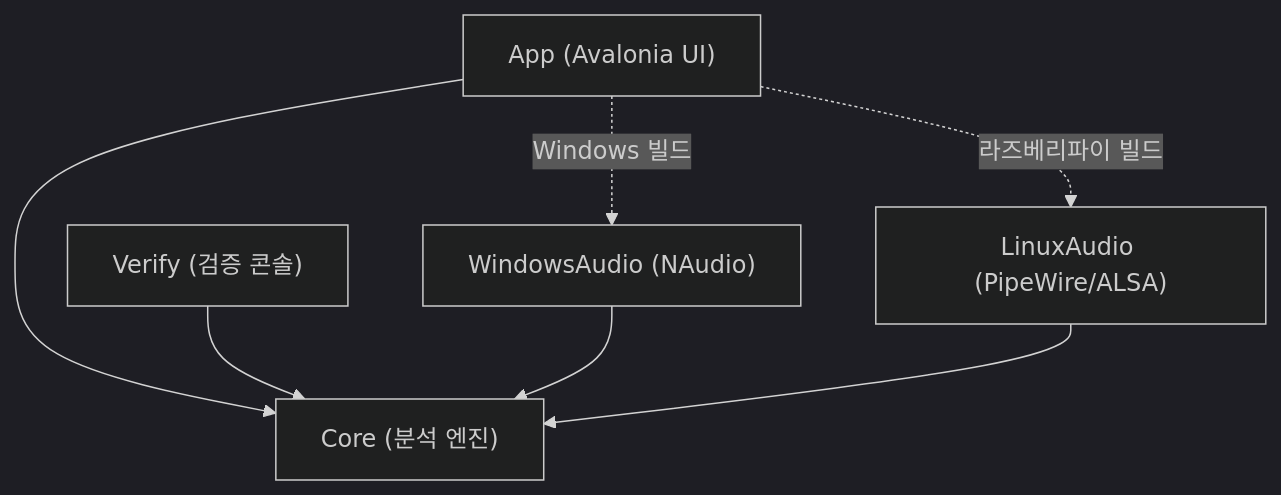
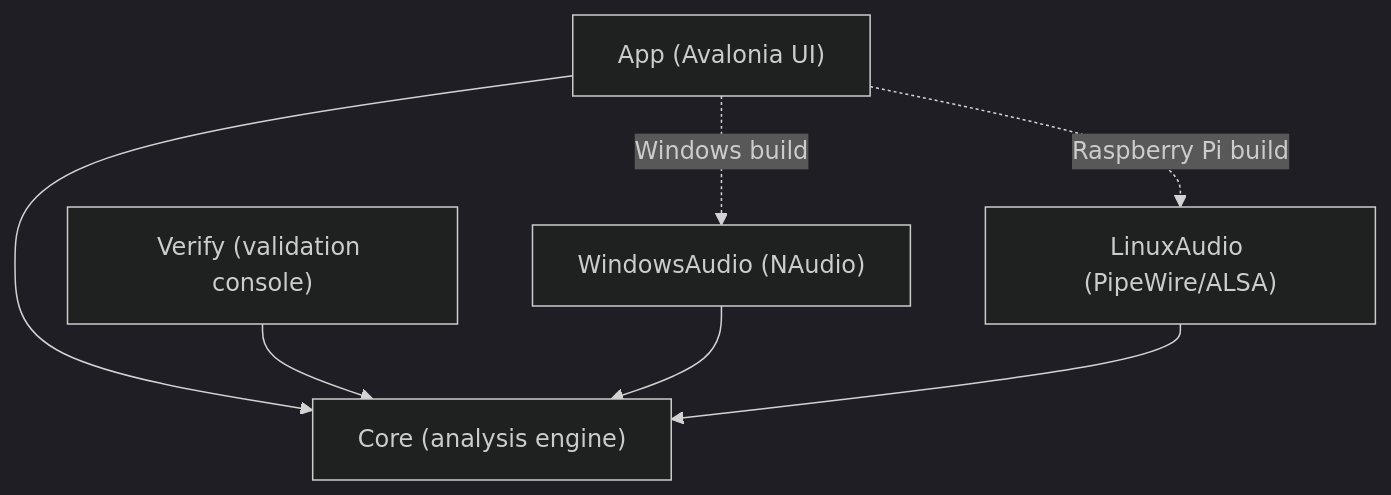
Before and after one commit to Jae-hong-5/tg-dotnet: the first of 4 diagrams in README.md, drawn with Mermaid (dark theme). The commit also changed other lines of this file and 1 other file, not shown here.

````diff
--- a/README.md
+++ b/README.md
@@ -167,9 +173,9 @@
 ```mermaid
 graph TD
-    App["App (Avalonia UI)"] --> Core["Core (분석 엔진)"]
-    Verify["Verify (검증 콘솔)"] --> Core
+    App["App (Avalonia UI)"] --> Core["Core (analysis engine)"]
+    Verify["Verify (validation console)"] --> Core
     WinAudio["WindowsAudio (NAudio)"] --> Core
     LinuxAudio["LinuxAudio (PipeWire/ALSA)"] --> Core
-    App -. Windows 빌드 .-> WinAudio
-    App -. 라즈베리파이 빌드 .-> LinuxAudio
+    App -. Windows build .-> WinAudio
+    App -. Raspberry Pi build .-> LinuxAudio
 ```
````
